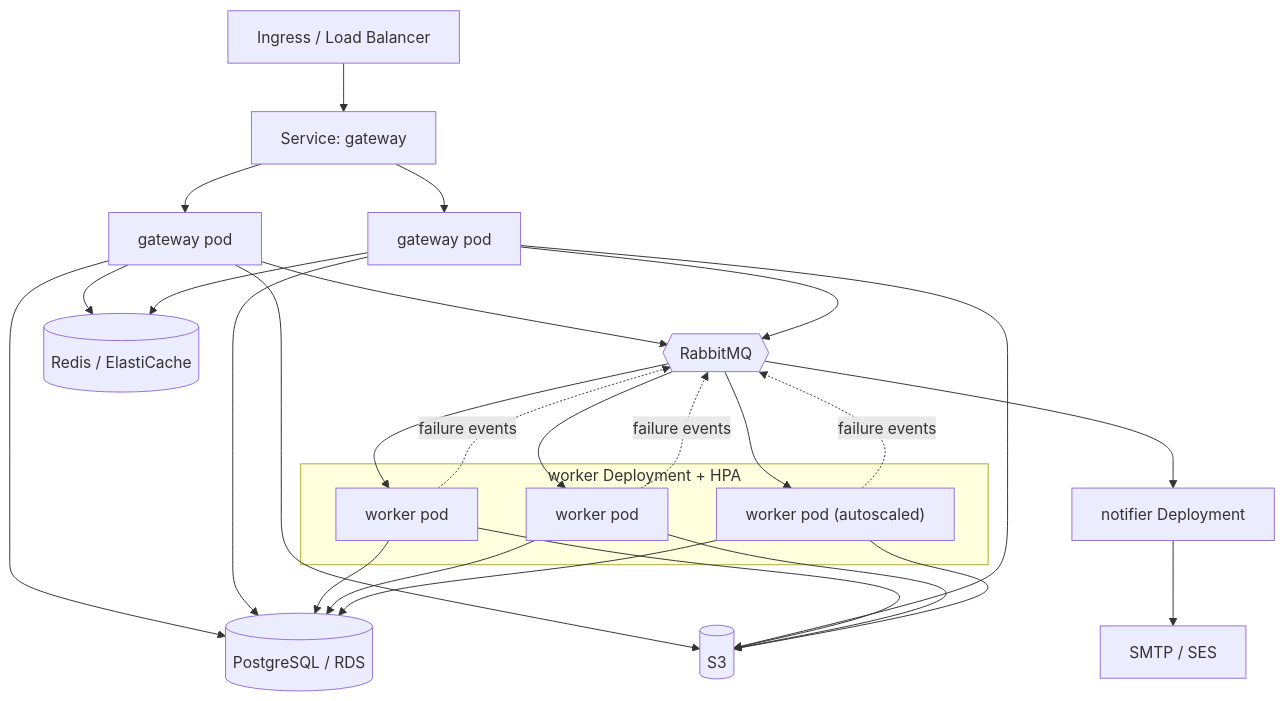
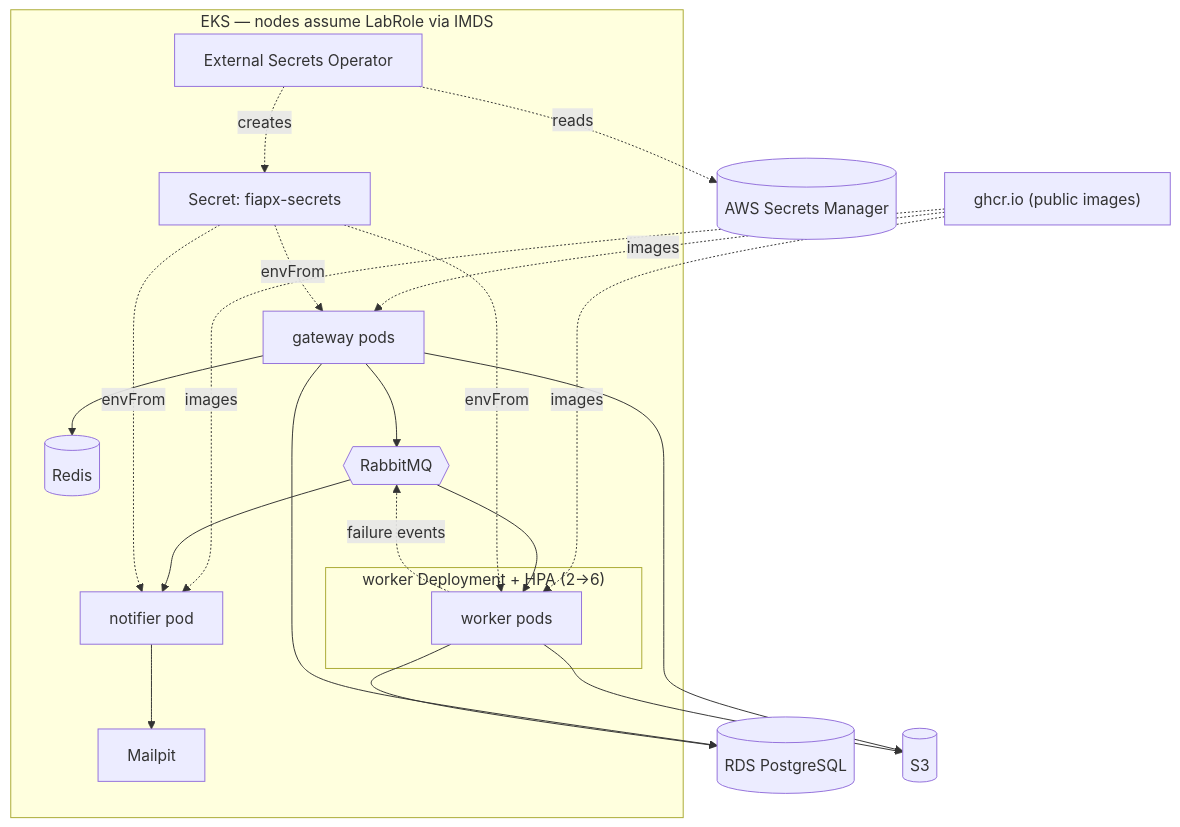
One commit to aniusch/projeto-fiapx changed the second of 2 diagrams in docs/architecture/deployment-topology.md. Above: the diagram before and after it, drawn with Mermaid. The commit also changed other lines of this file and 3 other files, not shown here.

First line of the commit message:
docs: reflect AWS/EKS + ESO + Sonar in the architecture docs

````diff
--- a/docs/architecture/deployment-topology.md
+++ b/docs/architecture/deployment-topology.md
@@ -48,38 +56,36 @@
 ```mermaid
 flowchart TB
-    ing["Ingress / Load Balancer"] --> gsvc["Service: gateway"]
-    gsvc --> gw1["gateway pod"]
-    gsvc --> gw2["gateway pod"]
+    ghcr["ghcr.io (public images)"]
 
-    subgraph wdep["worker Deployment + HPA"]
-        wk1["worker pod"]
-        wk2["worker pod"]
-        wk3["worker pod (autoscaled)"]
+    subgraph eks["EKS — nodes assume LabRole via IMDS"]
+        gw["gateway pods"]
+        subgraph wdep["worker Deployment + HPA (2→6)"]
+            wk["worker pods"]
+        end
+        nt["notifier pod"]
+        rd[("Redis")]
+        mq{{"RabbitMQ"}}
+        mp["Mailpit"]
+        eso["External Secrets Operator"]
+        sec["Secret: fiapx-secrets"]
     end
-    ndep["notifier Deployment"]
 
-    gw1 --> mq{{"RabbitMQ"}}
-    gw2 --> mq
-    gw1 --> pg[("PostgreSQL / RDS")]
-    gw2 --> pg
-    gw1 --> rd[("Redis / ElastiCache")]
-    gw2 --> rd
-    gw1 --> s3[("S3")]
-    gw2 --> s3
+    rds[("RDS PostgreSQL")]
+    s3[("S3")]
+    sm[("AWS Secrets Manager")]
 
-    mq --> wk1
-    mq --> wk2
-    mq --> wk3
-    wk1 --> pg
-    wk2 --> pg
-    wk3 --> pg
-    wk1 --> s3
-    wk2 --> s3
-    wk3 --> s3
-    wk1 -. failure events .-> mq
-    wk2 -. failure events .-> mq
-    wk3 -. failure events .-> mq
-
-    mq --> ndep
-    ndep --> smtp["SMTP / SES"]
+    ghcr -. images .-> gw & wk & nt
+    gw --> rd
+    gw --> mq
+    gw --> rds
+    gw --> s3
+    mq --> wk
+    wk --> rds
+    wk --> s3
+    wk -. failure events .-> mq
+    mq --> nt
+    nt --> mp
+    eso -. reads .-> sm
+    eso -. creates .-> sec
+    sec -. envFrom .-> gw & wk & nt
 ```
````
